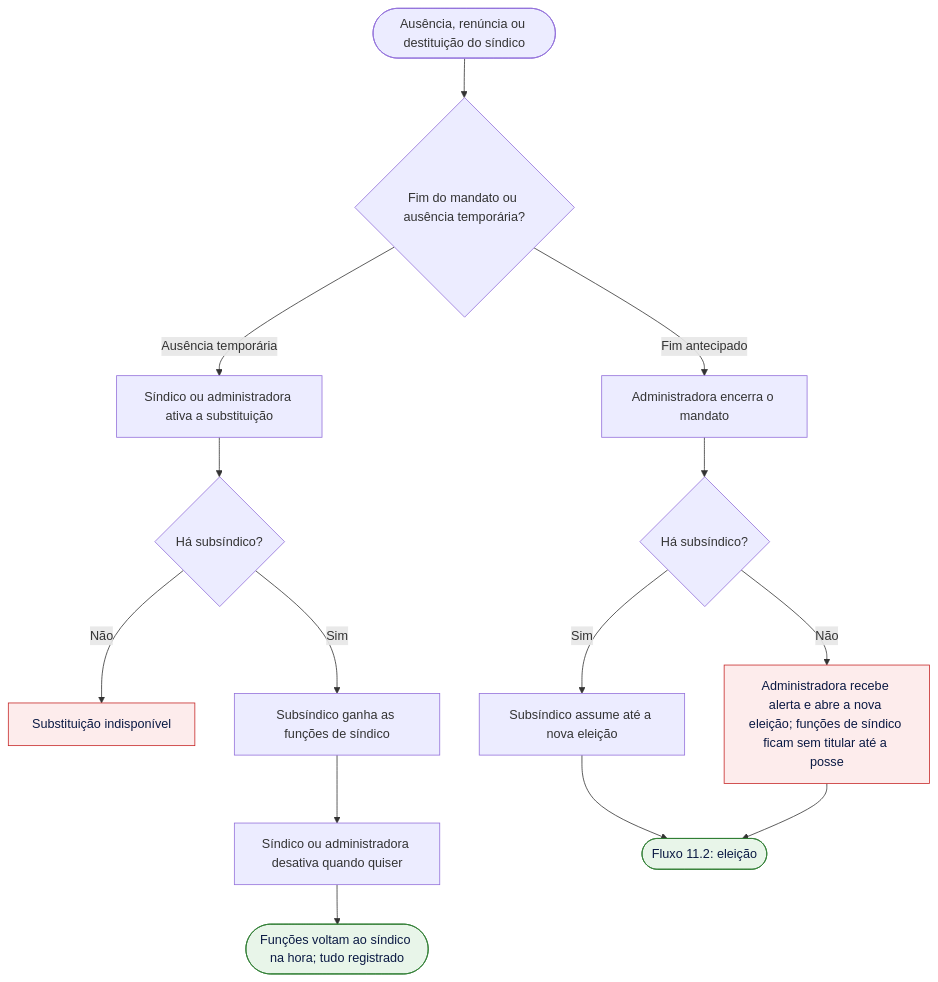
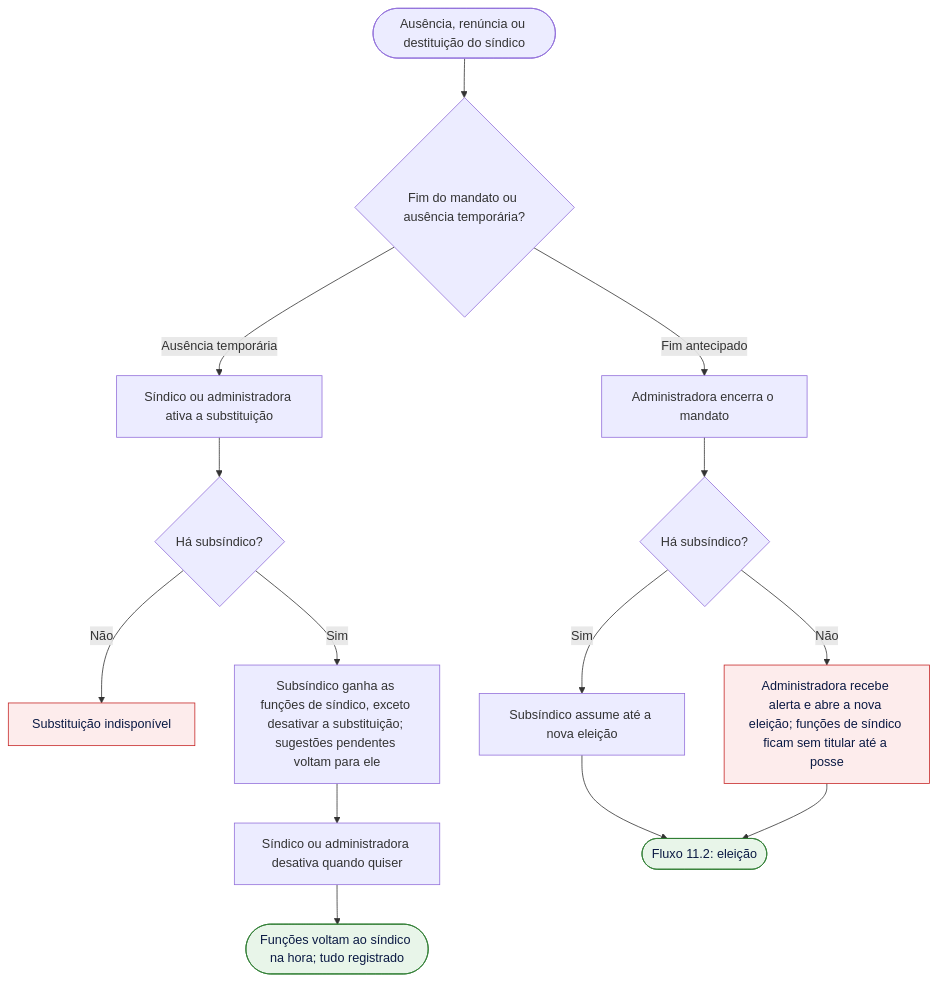
The sixth of 26 diagrams in docs/02-design/02-user-flows.md (pedrolems/CondomiFacil), drawn with Mermaid before and after one commit. The commit also changed other lines of this file and 11 other files, not shown here.

````diff
--- a/docs/02-design/02-user-flows.md
+++ b/docs/02-design/02-user-flows.md
@@ -279,20 +282,20 @@
 ```mermaid
 flowchart TD
     A(["Ausência, renúncia ou destituição do síndico"]) --> B{"Fim do mandato ou ausência temporária?"}
     B -->|"Ausência temporária"| C["Síndico ou administradora ativa a substituição"]
     C --> C1{"Há subsíndico?"}
     C1 -->|"Não"| E1["Substituição indisponível"]
-    C1 -->|"Sim"| C2["Subsíndico ganha as funções de síndico"]
+    C1 -->|"Sim"| C2["Subsíndico ganha as funções de síndico, exceto desativar a substituição; sugestões pendentes voltam para ele"]
     C2 --> C3["Síndico ou administradora desativa quando quiser"]
     C3 --> Z1(["Funções voltam ao síndico na hora; tudo registrado"])
     B -->|"Fim antecipado"| D["Administradora encerra o mandato"]
     D --> D1{"Há subsíndico?"}
     D1 -->|"Sim"| D2["Subsíndico assume até a nova eleição"]
     D1 -->|"Não"| D3["Administradora recebe alerta e abre a nova eleição; funções de síndico ficam sem titular até a posse"]
     D2 --> Z2(["Fluxo 11.2: eleição"])
     D3 --> Z2
     classDef ok fill:#E8F5E9,stroke:#2E7D32,color:#0B1A44
     classDef erro fill:#FDECEC,stroke:#C62828,color:#0B1A44
     class Z1,Z2 ok
     class E1,D3 erro
 ```
````
